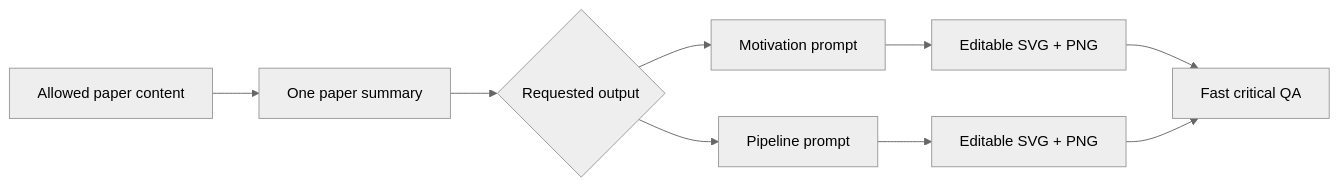
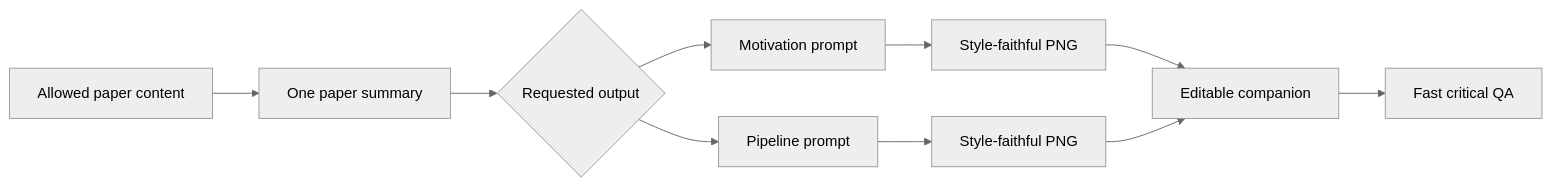
One commit to KaiyiHu/ResearchFigureSkill changed the diagram in README.md. Above: the diagram before and after it, drawn with Mermaid (neutral theme). The commit also changed other lines of this file and 7 other files, not shown here.

Commit message:
Restore reference-led hand-drawn figure style

````diff
--- a/README.md
+++ b/README.md
@@ -12,11 +12,12 @@
 ```mermaid
 flowchart LR
     A["Allowed paper content"] --> B["One paper summary"]
     B --> C{"Requested output"}
     C --> D["Motivation prompt"]
     C --> E["Pipeline prompt"]
-    D --> F["Editable SVG + PNG"]
-    E --> G["Editable SVG + PNG"]
-    F --> H["Fast critical QA"]
+    D --> F["Style-faithful PNG"]
+    E --> G["Style-faithful PNG"]
+    F --> H["Editable companion"]
     G --> H
+    H --> I["Fast critical QA"]
 ```
````
